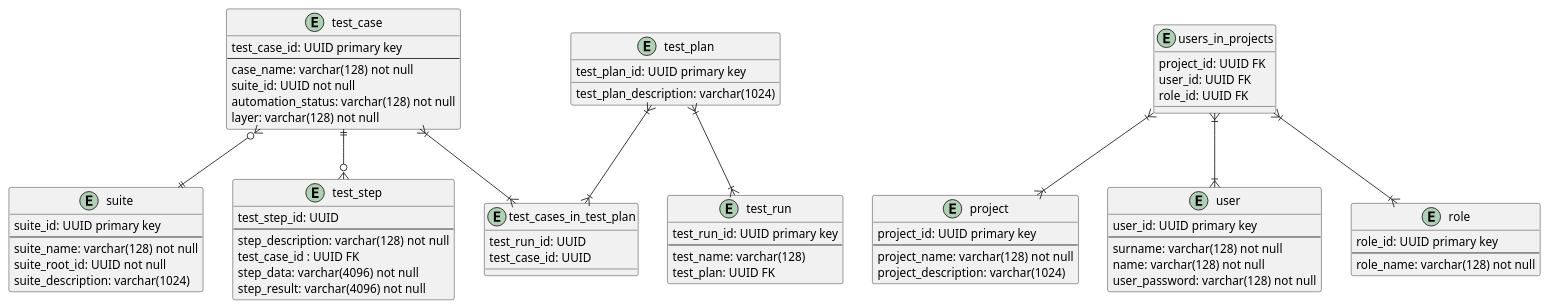
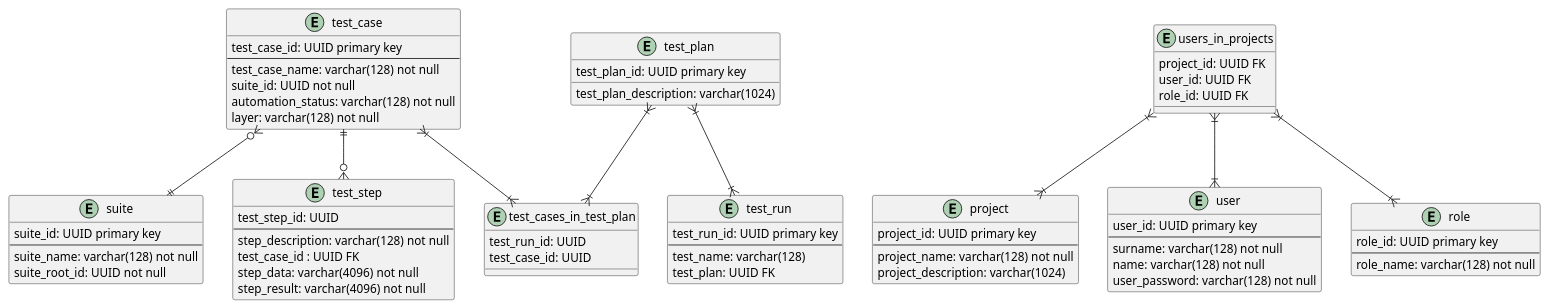
One commit to Danlaysma54/LPR-case-Back changed the diagram in LPR/src/main/resources/db.puml. Above: the diagram before and after it, drawn with PlantUML. The commit also changed 15 other files, not shown here.

```diff
--- a/LPR/src/main/resources/db.puml
+++ b/LPR/src/main/resources/db.puml
@@ -1,72 +1,71 @@
 @startuml
 
 entity "suite" as suite {
 suite_id: UUID primary key
 ---
 suite_name: varchar(128) not null
 suite_root_id: UUID not null
-suite_description: varchar(1024)
 }
 
 entity "test_case" as test_case {
 test_case_id: UUID primary key
 ---
-case_name: varchar(128) not null
+test_case_name: varchar(128) not null
 suite_id: UUID not null
 automation_status: varchar(128) not null
 layer: varchar(128) not null
 }
 entity "project" as project {
 project_id: UUID primary key
 ---
 project_name: varchar(128) not null
 project_description: varchar(1024)
 }
 entity "test_plan" as test_plan{
 test_plan_id: UUID primary key
 test_plan_description: varchar(1024)
 }
 entity "test_run" as test_run{
 test_run_id: UUID primary key
 ---
 test_name: varchar(128)
 test_plan: UUID FK
 }
 entity test_cases_in_test_plan{
 test_run_id: UUID
 test_case_id: UUID
 }
 entity user{
 user_id: UUID primary key
 ---
 surname: varchar(128) not null
 name: varchar(128) not null
 user_password: varchar(128) not null
 }
 entity users_in_projects{
 project_id: UUID FK
 user_id: UUID FK
 role_id: UUID FK
 }
 entity role{
 role_id: UUID primary key
 ---
 role_name: varchar(128) not null
 }
 entity test_step{
 test_step_id: UUID
 ---
 step_description: varchar(128) not null
 test_case_id : UUID FK
 step_data: varchar(4096) not null
 step_result: varchar(4096) not null
 }
 test_case||--o{test_step
 test_plan}|--|{test_run
 users_in_projects}|--|{role
 users_in_projects}|--|{project
 users_in_projects}|--|{user
 test_case}|--|{test_cases_in_test_plan
 test_plan}|--|{test_cases_in_test_plan
 test_case}o--||suite
 @enduml
```
